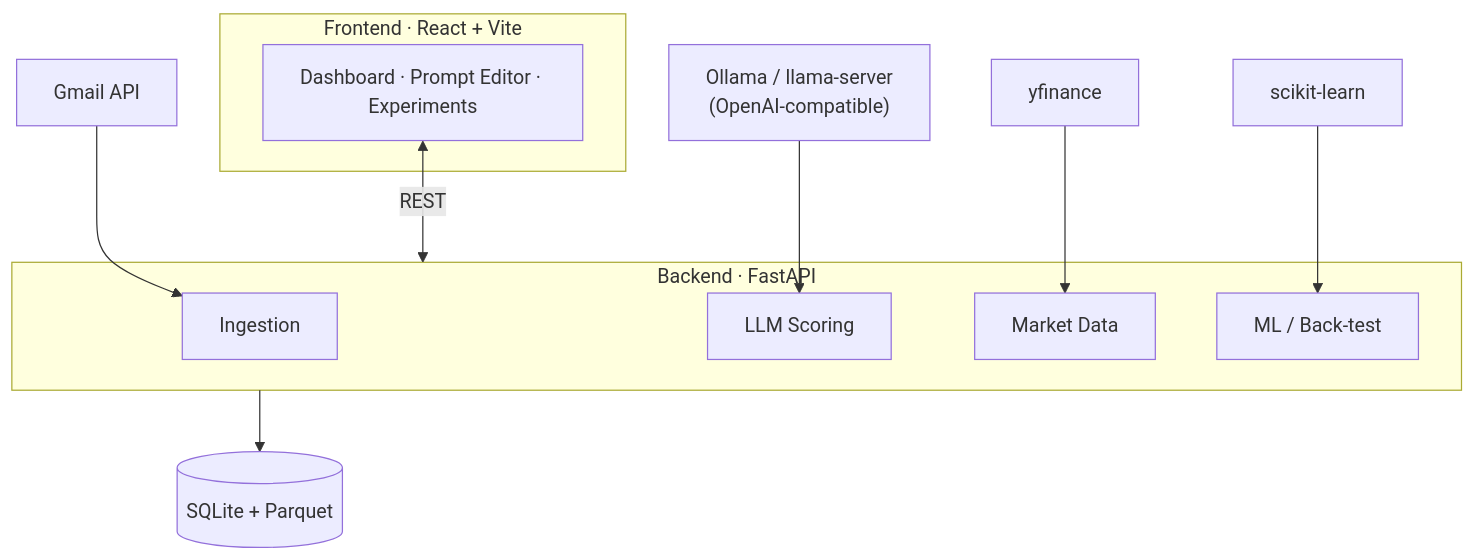
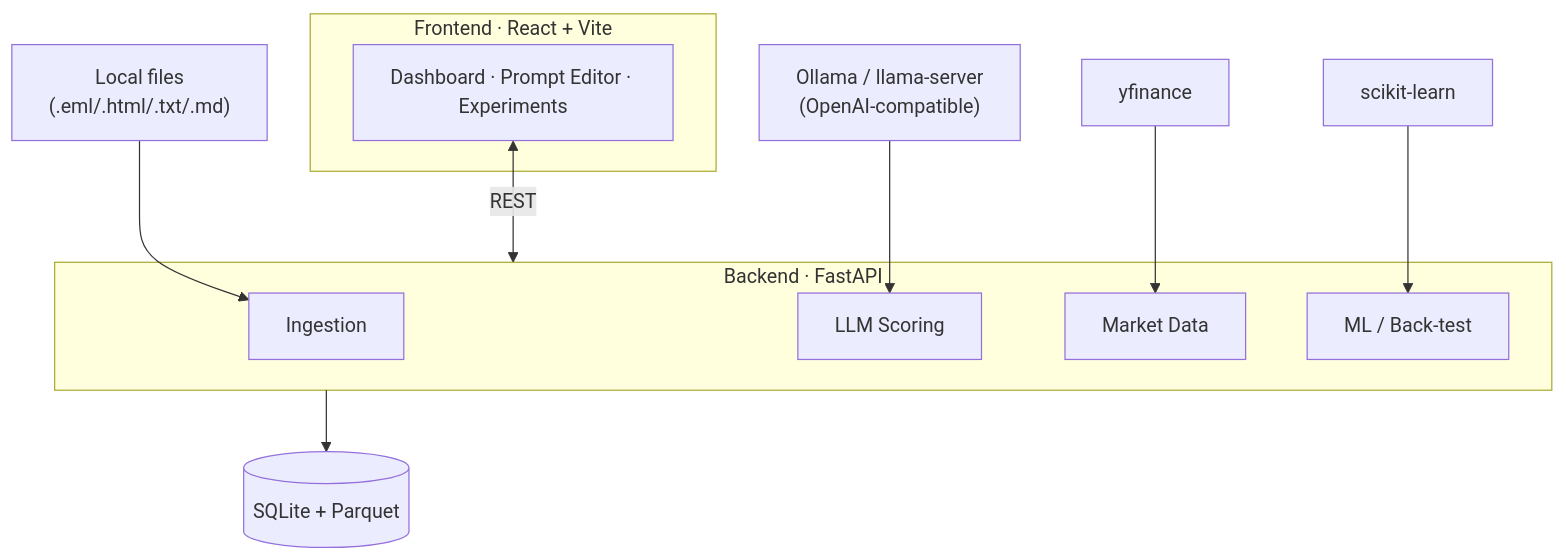
The diagram in README.md (danielbsimpson/llm-market-scoring), drawn with Mermaid before and after one commit. The commit also changed other lines of this file and 14 other files, not shown here.

````diff
--- a/README.md
+++ b/README.md
@@ -39,18 +39,18 @@
 ```mermaid
 flowchart TD
     subgraph FE["Frontend · React + Vite"]
         DASH["Dashboard · Prompt Editor · Experiments"]
     end
     subgraph BE["Backend · FastAPI"]
         ING["Ingestion"]
         LLM["LLM Scoring"]
         MKT["Market Data"]
         ML["ML / Back-test"]
     end
-    GMAIL["Gmail API"] --> ING
+    FILES["Local files<br/>(.eml/.html/.txt/.md)"] --> ING
     YF["yfinance"] --> MKT
     OLLAMA["Ollama / llama-server<br/>(OpenAI-compatible)"] --> LLM
     SK["scikit-learn"] --> ML
     DASH <-->|REST| BE
     BE --> STORE[("SQLite + Parquet")]
 ```
````
